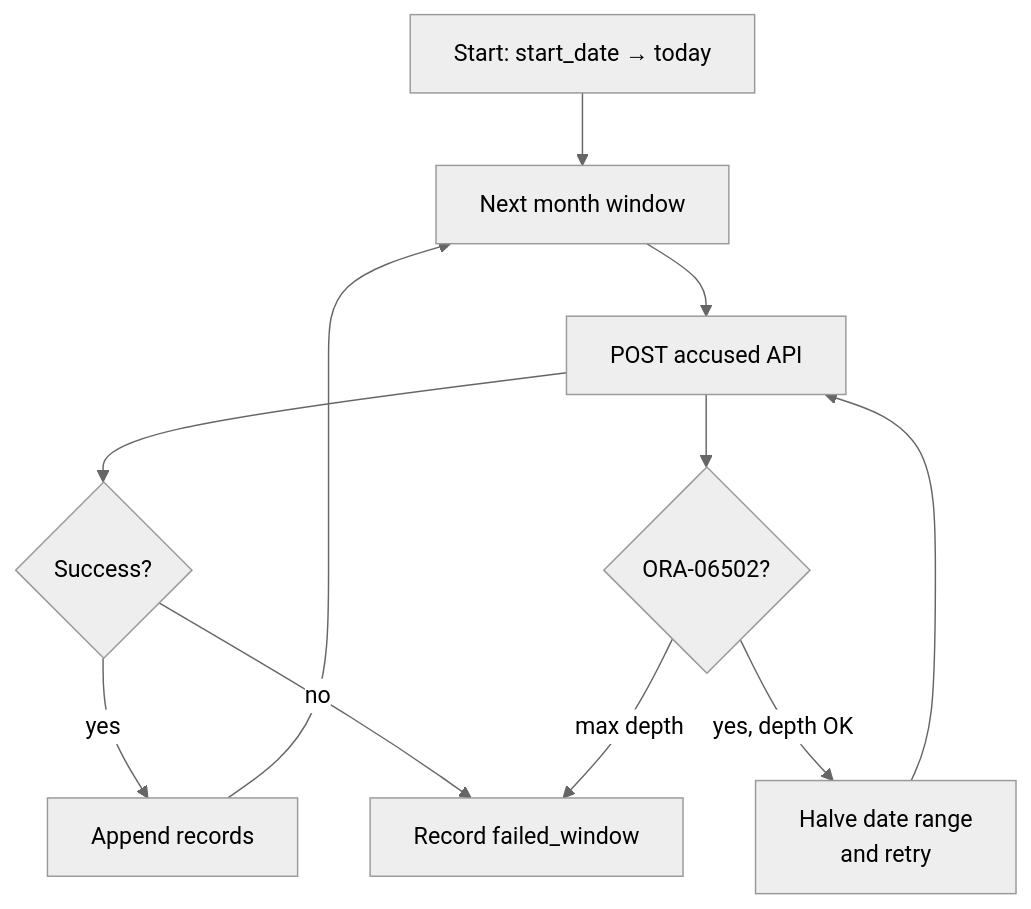
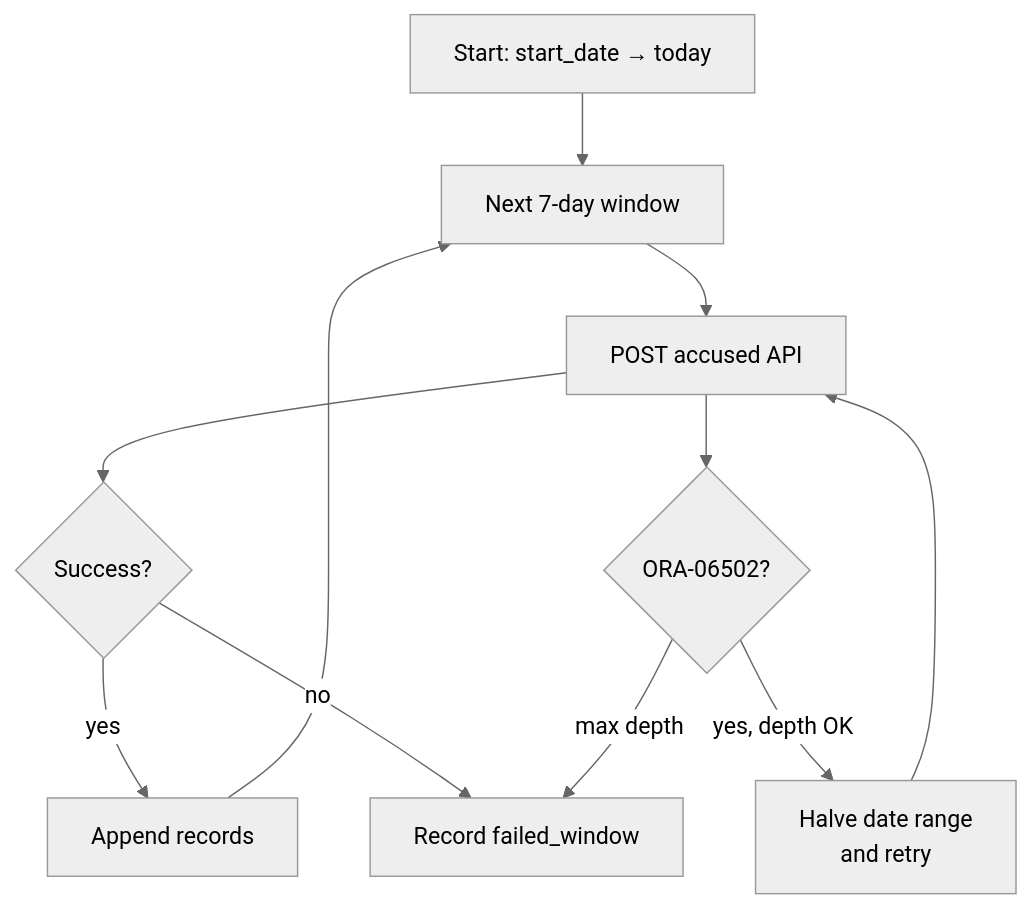
The fifth of 7 diagrams in cctns-v1/CCTNSV1_DAILY_ETL_RUN/pipeline.md (ashish-ratna-bcss/DOPAMS-ETL), drawn with Mermaid (neutral theme) before and after one commit. The commit also changed other lines of this file and 6 other files, not shown here.

First line of the commit message:
fix(cctns-v1): pull accused POST in 7-day windows

````diff
--- a/cctns-v1/CCTNSV1_DAILY_ETL_RUN/pipeline.md
+++ b/cctns-v1/CCTNSV1_DAILY_ETL_RUN/pipeline.md
@@ -234,18 +234,18 @@
 ```mermaid
 flowchart TD
     START["Start: start_date → today"]
-    MONTH["Next month window"]
+    WEEK["Next 7-day window"]
     POST["POST accused API"]
     OK{"Success?"}
     ORA{"ORA-06502?"}
     HALVE["Halve date range\nand retry"]
     FAIL["Record failed_window"]
     MERGE["Append records"]
-    START --> MONTH --> POST --> OK
+    START --> WEEK --> POST --> OK
     OK -->|yes| MERGE
     OK -->|no| FAIL
     POST --> ORA
     ORA -->|yes, depth OK| HALVE --> POST
     ORA -->|max depth| FAIL
-    MERGE --> MONTH
+    MERGE --> WEEK
 ```
````
